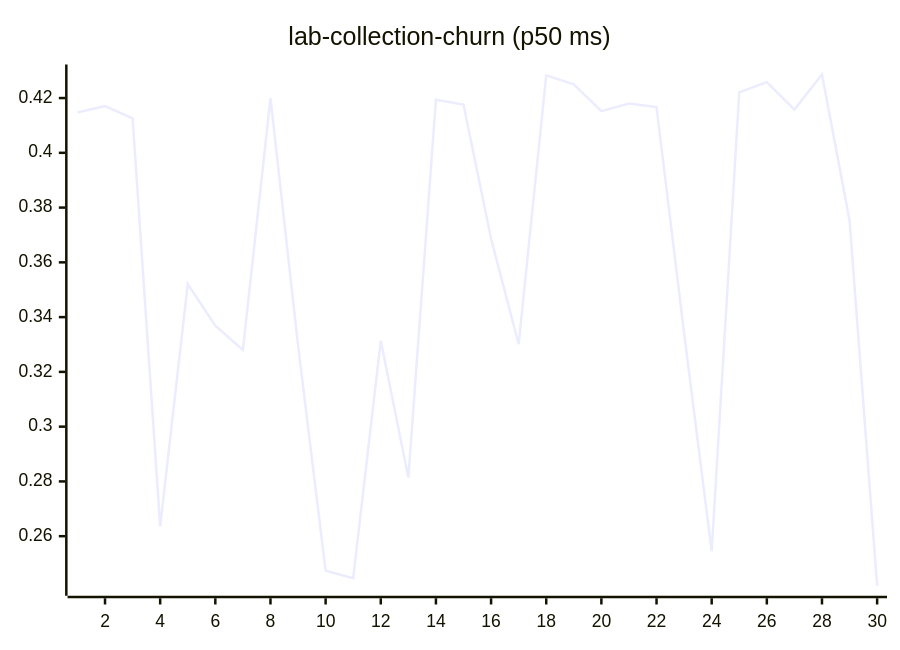
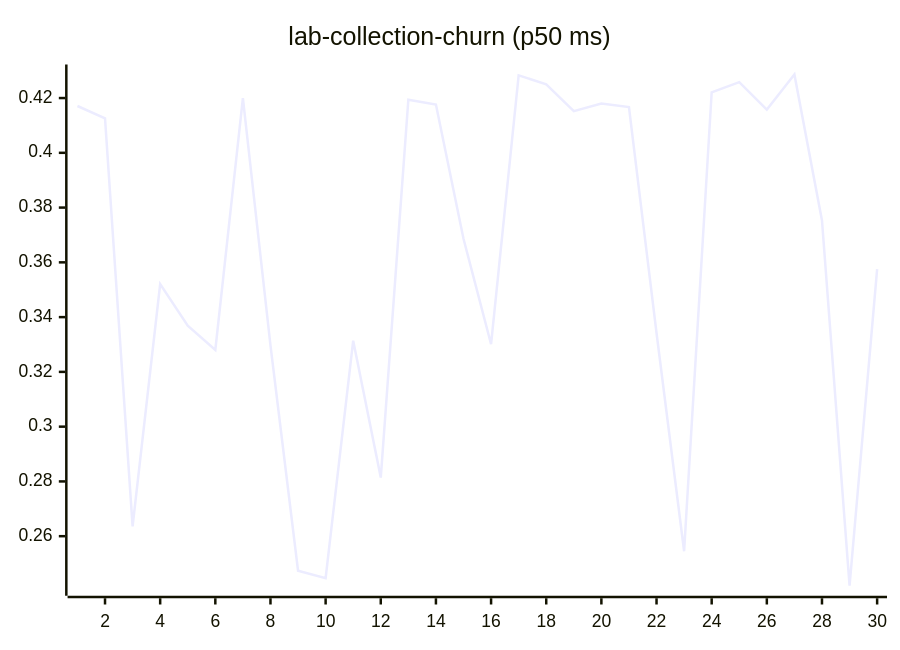
Before and after one commit to josha/Facet: diagram 11 of 27 in README.md, drawn with Mermaid. The commit also changed other lines of this file and 2 other files, not shown here.

````diff
--- a/README.md
+++ b/README.md
@@ -133,6 +133,6 @@
 ```mermaid
 xychart-beta
     title "lab-collection-churn (p50 ms)"
     x-axis 1 --> 30
-    line [0.4147, 0.4171, 0.4126, 0.2636, 0.3521, 0.3369, 0.3280, 0.4200, 0.3297, 0.2474, 0.2447, 0.3314, 0.2814, 0.4194, 0.4176, 0.3686, 0.3301, 0.4283, 0.4250, 0.4152, 0.4180, 0.4167, 0.3342, 0.2545, 0.4221, 0.4258, 0.4158, 0.4286, 0.3753, 0.2419]
+    line [0.4171, 0.4126, 0.2636, 0.3521, 0.3369, 0.3280, 0.4200, 0.3297, 0.2474, 0.2447, 0.3314, 0.2814, 0.4194, 0.4176, 0.3686, 0.3301, 0.4283, 0.4250, 0.4152, 0.4180, 0.4167, 0.3342, 0.2545, 0.4221, 0.4258, 0.4158, 0.4286, 0.3753, 0.2419, 0.3575]
 ```
````
